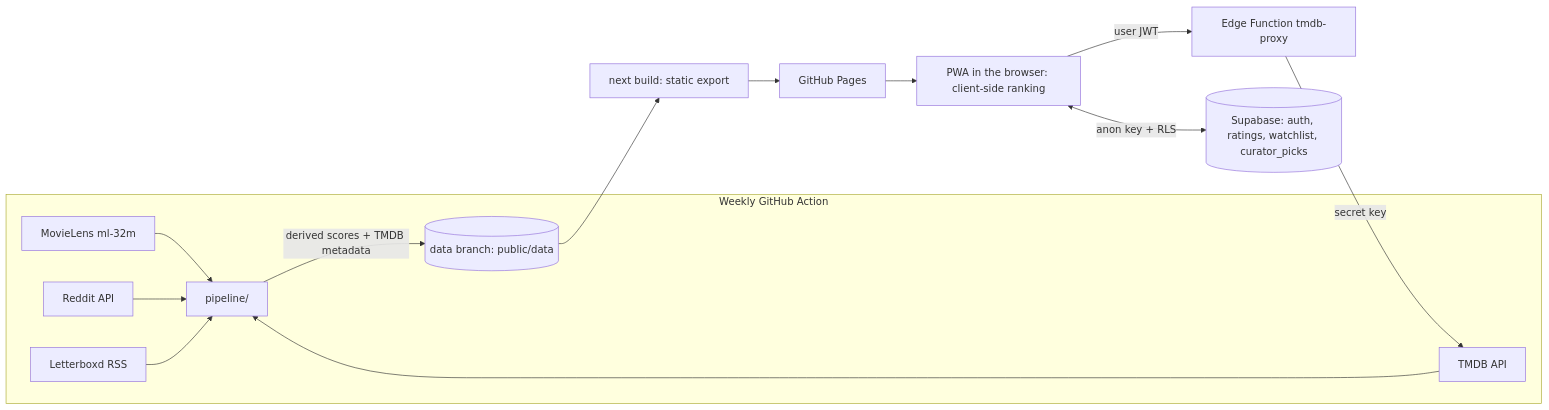
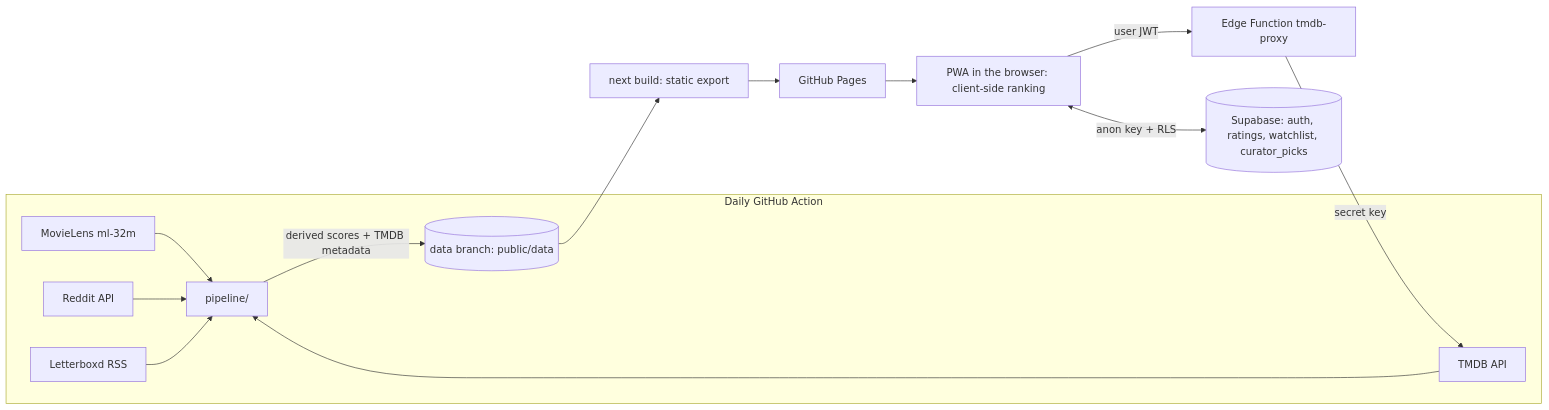
One commit to mathiasthejsen/movierecommendation changed the diagram in README.md. Above: the diagram before and after it, drawn with Mermaid. The commit also changed other lines of this file and 11 other files, not shown here.

````diff
--- a/README.md
+++ b/README.md
@@ -15,14 +15,14 @@
 ```mermaid
 flowchart LR
-  subgraph Weekly GitHub Action
+  subgraph Daily GitHub Action
     ML[MovieLens ml-32m] --> P[pipeline/]
     R[Reddit API] --> P
     T[TMDB API] --> P
     LB[Letterboxd RSS] --> P
     P -->|derived scores + TMDB metadata| D[(data branch: public/data)]
   end
   D --> B[next build: static export] --> GP[GitHub Pages]
   GP --> PWA[PWA in the browser: client-side ranking]
   PWA <-->|anon key + RLS| SB[(Supabase: auth, ratings, watchlist, curator_picks)]
   PWA -->|user JWT| EF[Edge Function tmdb-proxy] -->|secret key| T
 ```
````
